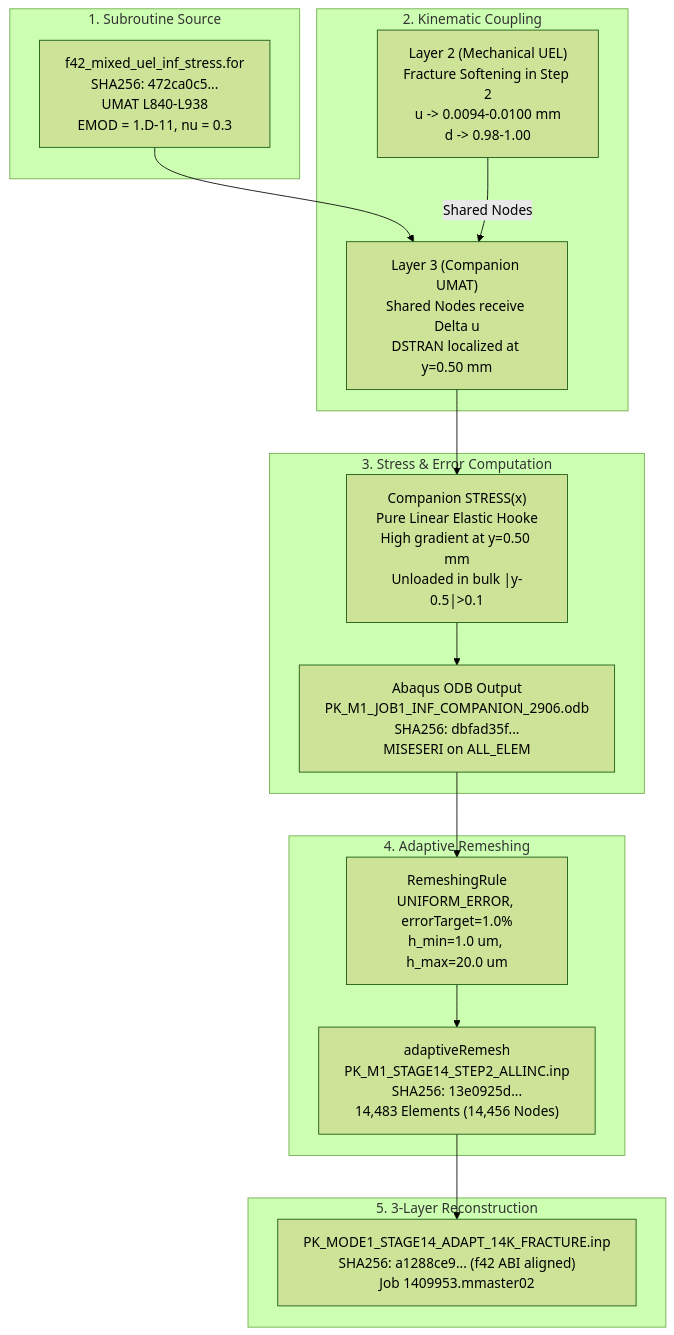
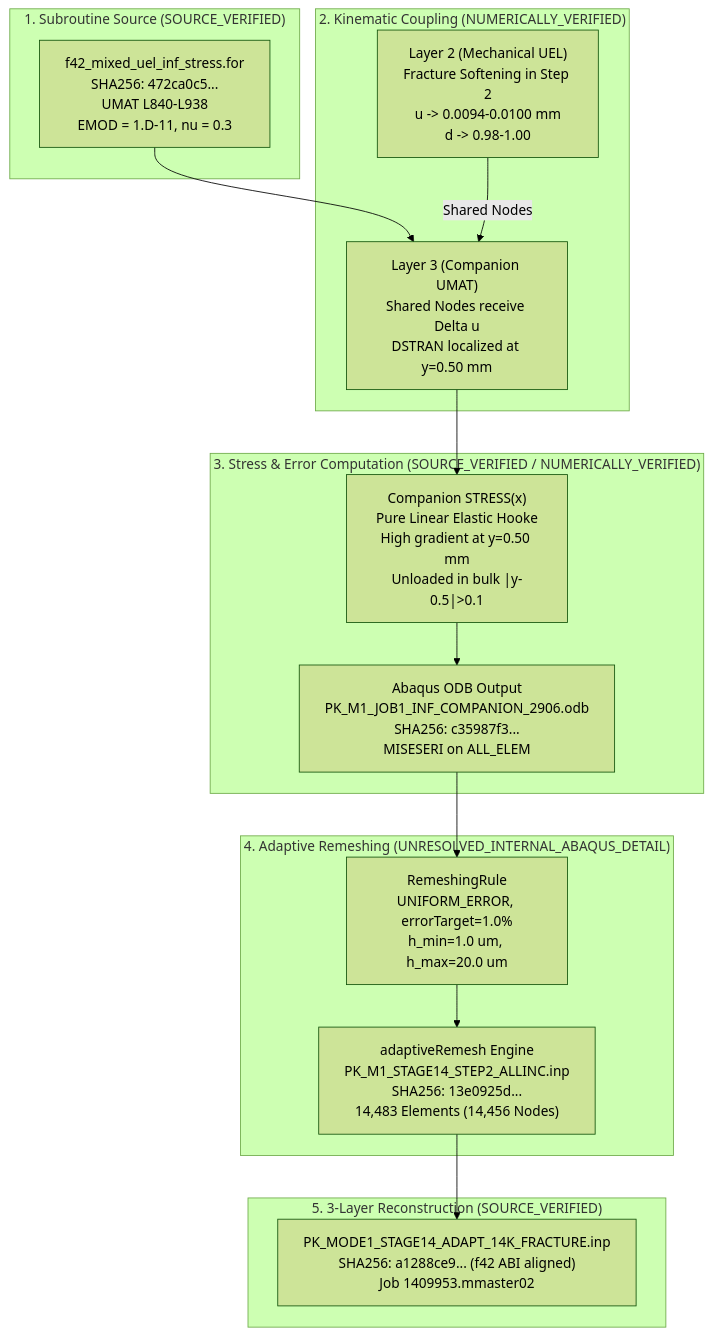
One commit to PRVSTUDENT/adaptive-remeshing-phase-field-thesis changed the diagram in models/pandey_kumar_mode1/25_stage14_adaptive_candidate_14k/MODE1_STAGE14R_MISESERI_CAUSALITY_AUDIT_REPORT.md. Above: the diagram before and after it, drawn with Mermaid (forest theme). The commit also changed other lines of this file and 17 other files, not shown here.

````diff
--- a/models/pandey_kumar_mode1/25_stage14_adaptive_candidate_14k/MODE1_STAGE14R_MISESERI_CAUSALITY_AUDIT_REPORT.md
+++ b/models/pandey_kumar_mode1/25_stage14_adaptive_candidate_14k/MODE1_STAGE14R_MISESERI_CAUSALITY_AUDIT_REPORT.md
@@ -33,33 +32,33 @@
 ```mermaid
 flowchart TD
-    subgraph S1["1. Subroutine Source"]
+    subgraph S1["1. Subroutine Source (SOURCE_VERIFIED)"]
         A["f42_mixed_uel_inf_stress.for<br/>SHA256: 472ca0c5...<br/>UMAT L840-L938<br/>EMOD = 1.D-11, nu = 0.3"]
     end
 
-    subgraph S2["2. Kinematic Coupling"]
+    subgraph S2["2. Kinematic Coupling (NUMERICALLY_VERIFIED)"]
         B["Layer 2 (Mechanical UEL)<br/>Fracture Softening in Step 2<br/>u -> 0.0094-0.0100 mm<br/>d -> 0.98-1.00"]
         C["Layer 3 (Companion UMAT)<br/>Shared Nodes receive Delta u<br/>DSTRAN localized at y=0.50 mm"]
     end
 
-    subgraph S3["3. Stress & Error Computation"]
+    subgraph S3["3. Stress & Error Computation (SOURCE_VERIFIED / NUMERICALLY_VERIFIED)"]
         D["Companion STRESS(x)<br/>Pure Linear Elastic Hooke<br/>High gradient at y=0.50 mm<br/>Unloaded in bulk |y-0.5|>0.1"]
-        E["Abaqus ODB Output<br/>PK_M1_JOB1_INF_COMPANION_2906.odb<br/>SHA256: dbfad35f...<br/>MISESERI on ALL_ELEM"]
+        E["Abaqus ODB Output<br/>PK_M1_JOB1_INF_COMPANION_2906.odb<br/>SHA256: c35987f3...<br/>MISESERI on ALL_ELEM"]
     end
 
-    subgraph S4["4. Adaptive Remeshing"]
+    subgraph S4["4. Adaptive Remeshing (UNRESOLVED_INTERNAL_ABAQUS_DETAIL)"]
         F["RemeshingRule<br/>UNIFORM_ERROR, errorTarget=1.0%<br/>h_min=1.0 um, h_max=20.0 um"]
-        G["adaptiveRemesh<br/>PK_M1_STAGE14_STEP2_ALLINC.inp<br/>SHA256: 13e0925d...<br/>14,483 Elements (14,456 Nodes)"]
+        G["adaptiveRemesh Engine<br/>PK_M1_STAGE14_STEP2_ALLINC.inp<br/>SHA256: 13e0925d...<br/>14,483 Elements (14,456 Nodes)"]
     end
 
-    subgraph S5["5. 3-Layer Reconstruction"]
+    subgraph S5["5. 3-Layer Reconstruction (SOURCE_VERIFIED)"]
         H["PK_MODE1_STAGE14_ADAPT_14K_FRACTURE.inp<br/>SHA256: a1288ce9... (f42 ABI aligned)<br/>Job 1409953.mmaster02"]
     end
 
     A --> C
     B -->|Shared Nodes| C
     C --> D
     D --> E
     E --> F
     F --> G
     G --> H
 ```
````
